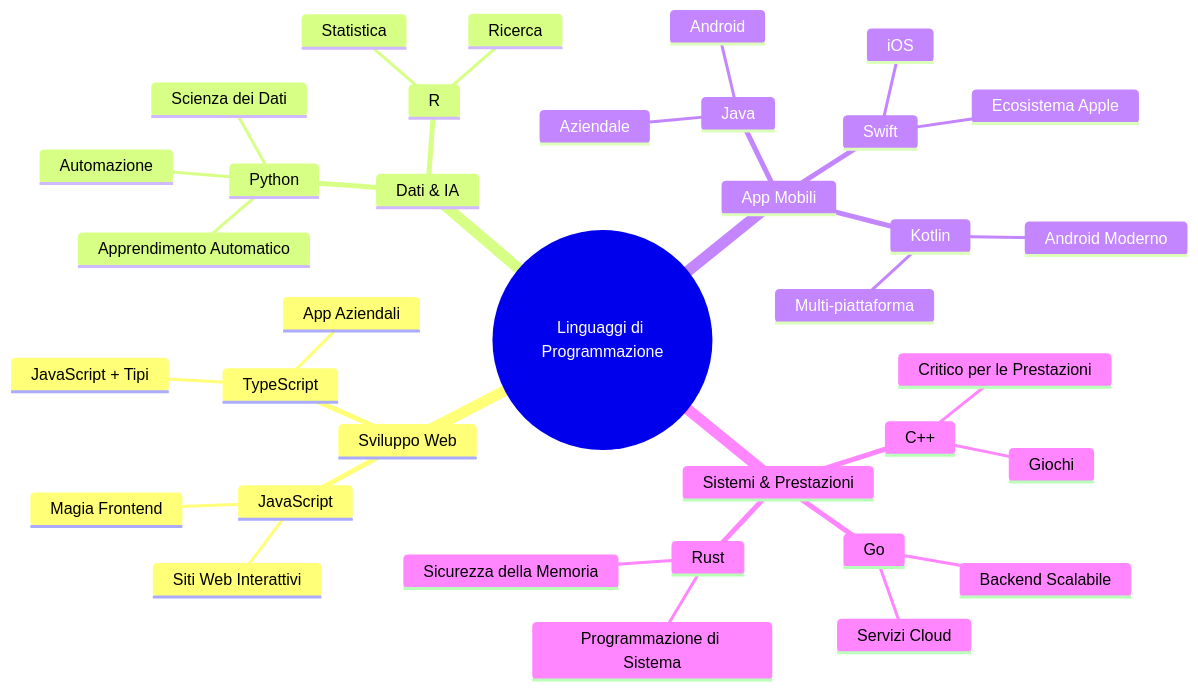
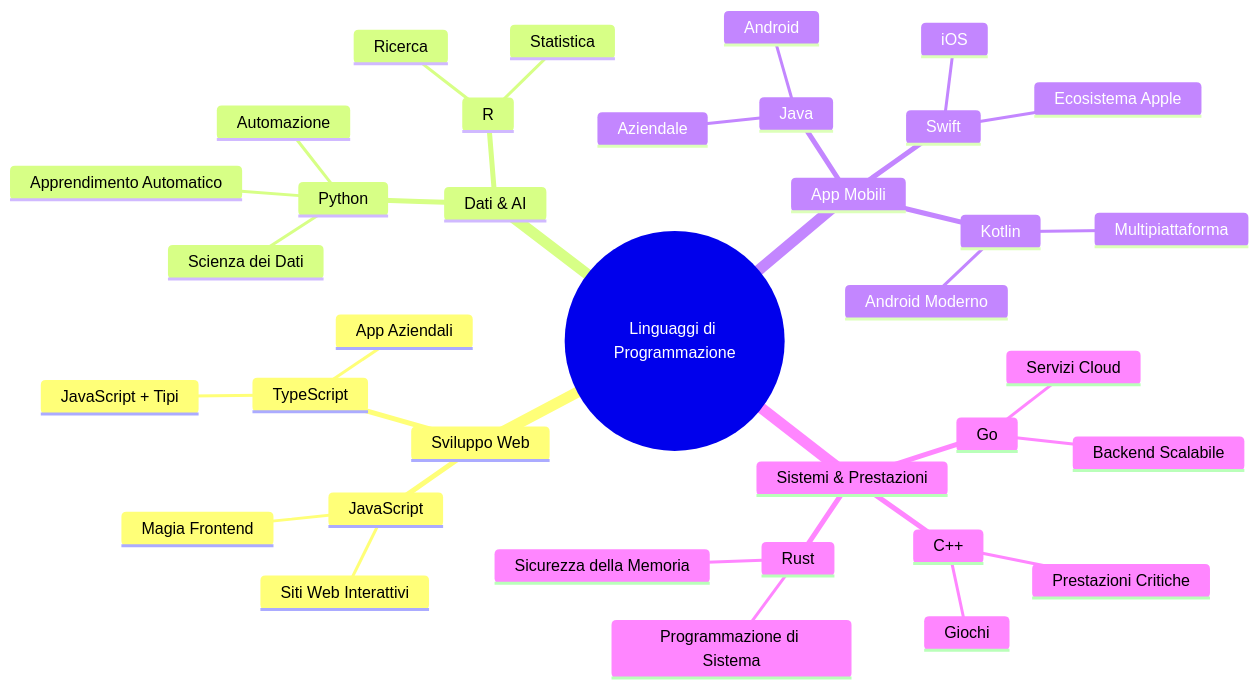
One commit to microsoft/Web-Dev-For-Beginners changed the second of 7 diagrams in translations/it/1-getting-started-lessons/1-intro-to-programming-languages/README.md. Above: the diagram before and after it, drawn with Mermaid. The commit also changed other lines of this file and 8 other files, not shown here.

````diff
--- a/translations/it/1-getting-started-lessons/1-intro-to-programming-languages/README.md
+++ b/translations/it/1-getting-started-lessons/1-intro-to-programming-languages/README.md
@@ -85,39 +85,39 @@
 ```mermaid
 mindmap
   root((Linguaggi di Programmazione))
     Sviluppo Web
       JavaScript
         Magia Frontend
         Siti Web Interattivi
       TypeScript
         JavaScript + Tipi
         App Aziendali
-    Dati & IA
+    Dati & AI
       Python
         Scienza dei Dati
         Apprendimento Automatico
         Automazione
       R
         Statistica
         Ricerca
     App Mobili
       Java
         Android
         Aziendale
       Swift
         iOS
         Ecosistema Apple
       Kotlin
         Android Moderno
-        Multi-piattaforma
+        Multipiattaforma
     Sistemi & Prestazioni
       C++
         Giochi
-        Critico per le Prestazioni
+        Prestazioni Critiche
       Rust
         Sicurezza della Memoria
         Programmazione di Sistema
       Go
         Servizi Cloud
         Backend Scalabile
 ```
````
